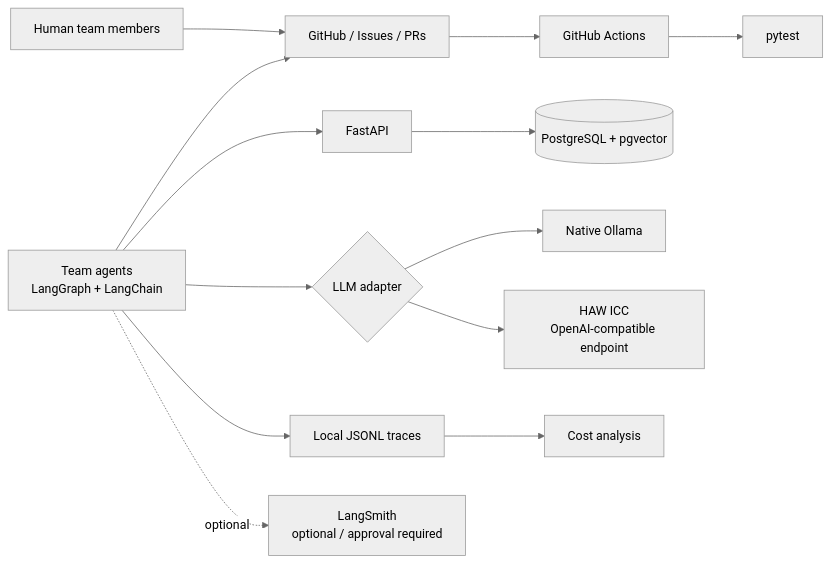
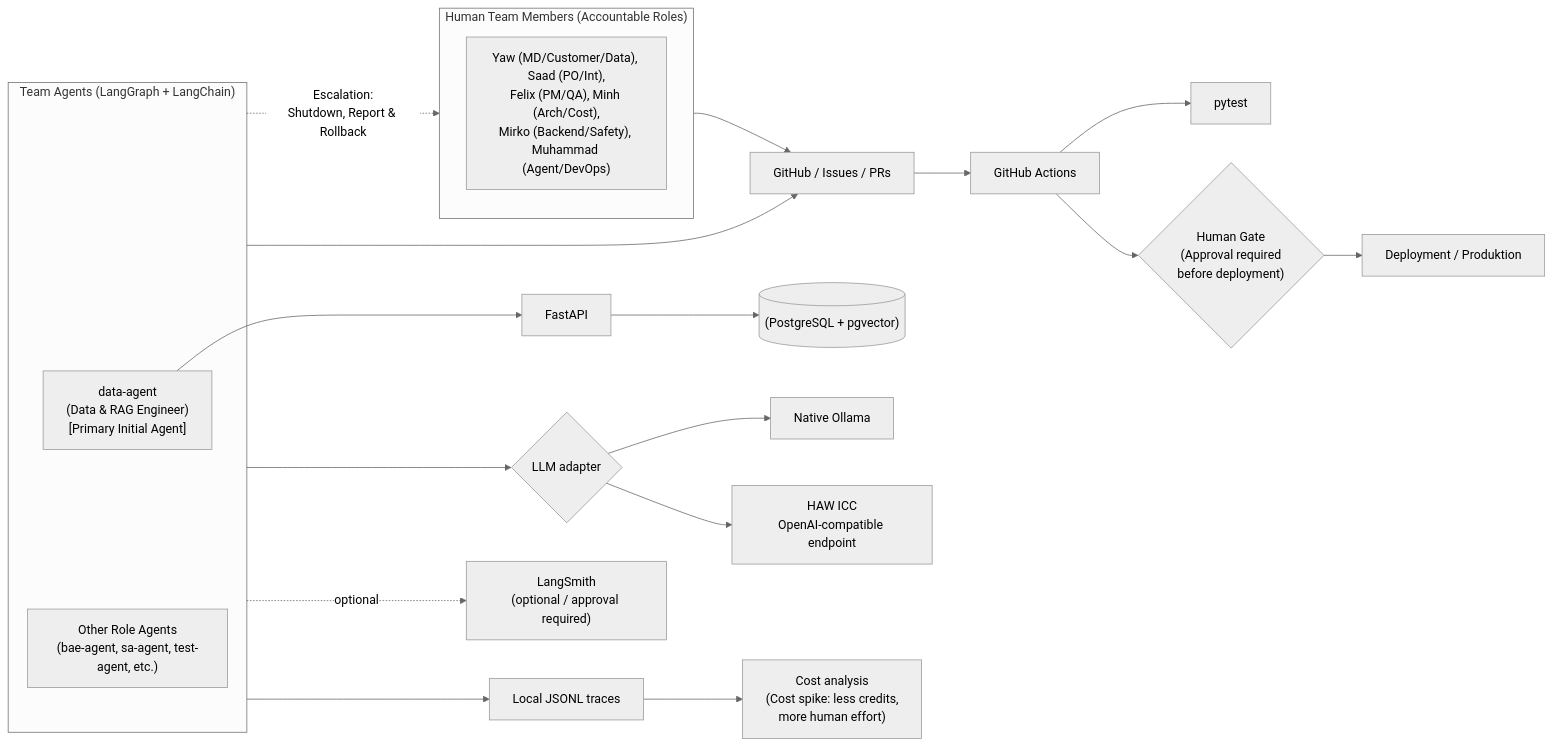
Before and after one commit to MARS-Group-HAW/agentic_ai: the diagram in docs/architecture.md, drawn with Mermaid (neutral theme).

````diff
--- a/docs/architecture.md
+++ b/docs/architecture.md
@@ -5,19 +5,36 @@
 ```mermaid
 flowchart LR
-    Human[Human team members] --> GH[GitHub / Issues / PRs]
-    Agent[Team agents\nLangGraph + LangChain] --> GH
-    GH --> CI[GitHub Actions]
-    CI --> Tests[pytest]
+    subgraph Humans ["Human Team Members (Accountable Roles)"]
+        H_Roles["Yaw (MD/Customer/Data), Saad (PO/Int),<br/>Felix (PM/QA), Minh (Arch/Cost),<br/>Mirko (Backend/Safety), Muhammad (Agent/DevOps)"]
+    end
 
-    API[FastAPI] --> DB[(PostgreSQL + pgvector)]
-    Agent --> API
-    Agent --> LLM{LLM adapter}
-    LLM --> Ollama[Native Ollama]
-    LLM --> ICC[HAW ICC\nOpenAI-compatible endpoint]
+    Humans --> GH["GitHub / Issues / PRs"]
 
-    Agent --> Trace[Local JSONL traces]
-    Trace --> Cost[Cost analysis]
+    subgraph Agents ["Team Agents (LangGraph + LangChain)"]
+        DataAgent["data-agent\n(Data & RAG Engineer)\n[Primary Initial Agent]"]
+        OtherAgents["Other Role Agents\n(bae-agent, sa-agent, test-agent, etc.)"]
+    end
 
-    LangSmith[LangSmith\noptional / approval required]
-    Agent -. optional .-> LangSmith
+    Agents --> GH
+    GH --> CI["GitHub Actions"]
+    CI --> Tests["pytest"]
+    
+    %% Human Approval Gate vor Deployment
+    CI --> HumanGate{"Human Gate\n(Approval required\nbefore deployment)"}
+    HumanGate --> Deploy["Deployment / Produktion"]
+
+    %% Eskalationspfad bei Fehlern/Kritischem
+    Agents -.->|"Escalation:\nShutdown, Report & Rollback"| Humans
+
+    API["FastAPI"] --> DB[("(PostgreSQL + pgvector)")]
+    DataAgent --> API
+    Agents --> LLM{"LLM adapter"}
+    LLM --> Ollama["Native Ollama"]
+    LLM --> ICC["HAW ICC\nOpenAI-compatible endpoint"]
+
+    Agents --> Trace["Local JSONL traces"]
+    Trace --> Cost["Cost analysis\n(Cost spike: less credits,\nmore human effort)"]
+
+    LangSmith["LangSmith\n(optional / approval required)"]
+    Agents -. optional .-> LangSmith
 ```
````
